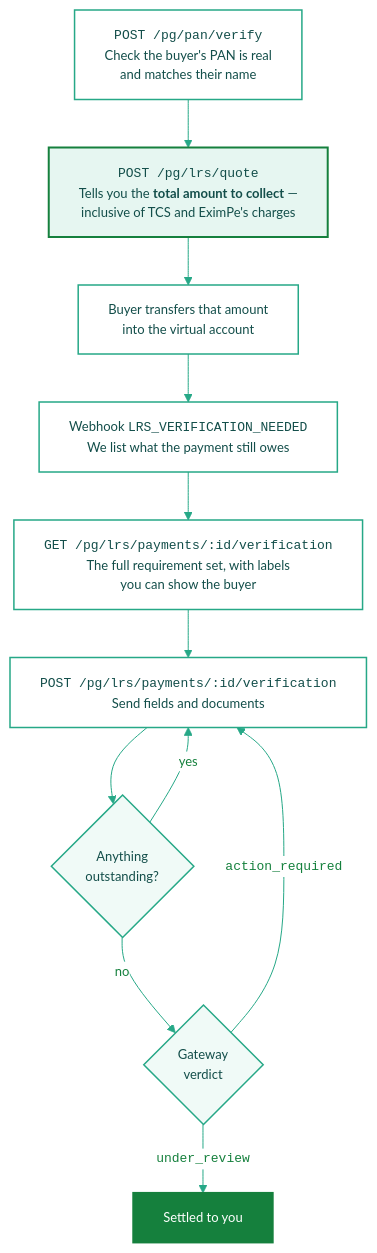
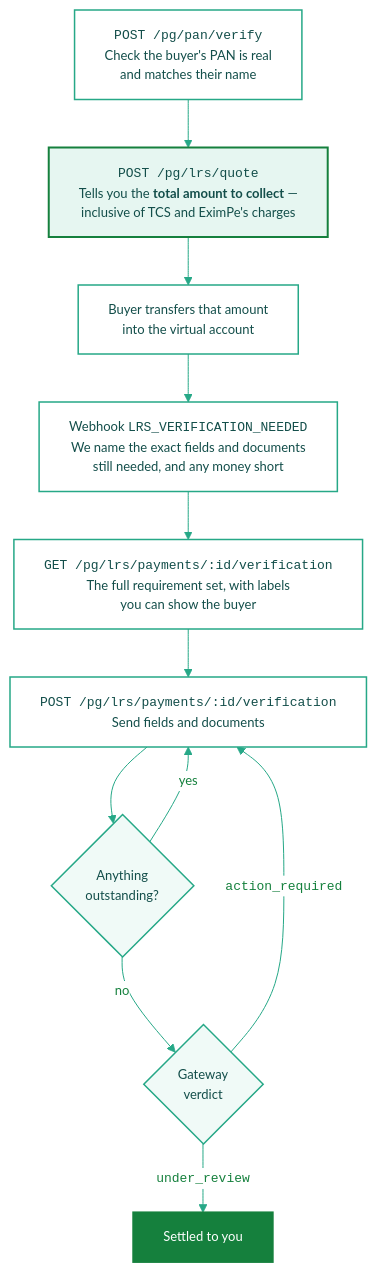
The diagram in integration-guide/v3/web-integration/lrs-verification.mdx (akhil-kumar-mg-mint/docs), drawn with Mermaid before and after one commit. The commit also changed 1 other file, not shown here.

Commit message:
docs(v3): the LRS webhook names details, not just money
'We list what the payment still owes' read as a money shortfall, and the webhook
carries more than that: action_required_fields, action_required_documents, and
outstanding only when the credit does not cover the payment. A merchant reading
the old label would not know the event is how they learn which documents to
collect.

Node now says it names the exact fields and documents still needed, and any money
short. Same widening on the webhooks page, where the row said only 'is missing
details'.

````diff
--- a/integration-guide/v3/web-integration/lrs-verification.mdx
+++ b/integration-guide/v3/web-integration/lrs-verification.mdx
@@ -20,42 +20,42 @@
 ```mermaid
 %%{init: {
   "theme": "base",
   "themeVariables": {
     "fontFamily": "ui-sans-serif, system-ui, -apple-system, sans-serif",
     "fontSize": "13px",
     "primaryColor": "#ffffff",
     "primaryTextColor": "#15803d",
     "primaryBorderColor": "#26a887",
     "lineColor": "#26a887",
     "tertiaryColor": "#ffffff",
     "edgeLabelBackground": "#ffffff"
   },
   "flowchart": { "curve": "basis", "htmlLabels": true, "wrappingWidth": 340, "nodeSpacing": 44, "rankSpacing": 48 }
 }}%%
 flowchart TD
     A["<code>POST /pg/pan/verify</code><br/>Check the buyer's PAN is real<br/>and matches their name"]
     B["<code>POST /pg/lrs/quote</code><br/>Tells you the <b>total amount to collect</b> —<br/>inclusive of TCS and EximPe's charges"]
     C["Buyer transfers that amount<br/>into the virtual account"]
-    D["Webhook <code>LRS_VERIFICATION_NEEDED</code><br/>We list what the payment still owes"]
+    D["Webhook <code>LRS_VERIFICATION_NEEDED</code><br/>We name the exact fields and documents<br/>still needed, and any money short"]
     E["<code>GET /pg/lrs/payments/:id/verification</code><br/>The full requirement set, with labels<br/>you can show the buyer"]
     F["<code>POST /pg/lrs/payments/:id/verification</code><br/>Send fields and documents"]
     G{"Anything<br/>outstanding?"}
     H{"Gateway<br/>verdict"}
     I["Settled to you"]
 
     A --> B --> C --> D --> E --> F --> G
     G -- "yes" --> F
     G -- "no" --> H
     H -- "<code>action_required</code>" --> F
     H -- "<code>under_review</code>" --> I
 
     classDef step fill:#ffffff,stroke:#26a887,stroke-width:1.5px,color:#134e4a
     classDef gate fill:#f0faf7,stroke:#26a887,stroke-width:1.5px,color:#134e4a
     classDef emphasis fill:#e6f6f1,stroke:#15803d,stroke-width:2px,color:#134e4a
     classDef done fill:#15803d,stroke:#15803d,stroke-width:2px,color:#ffffff
 
     class A,C,D,E,F step
     class B emphasis
     class G,H gate
     class I done
 ```
````
